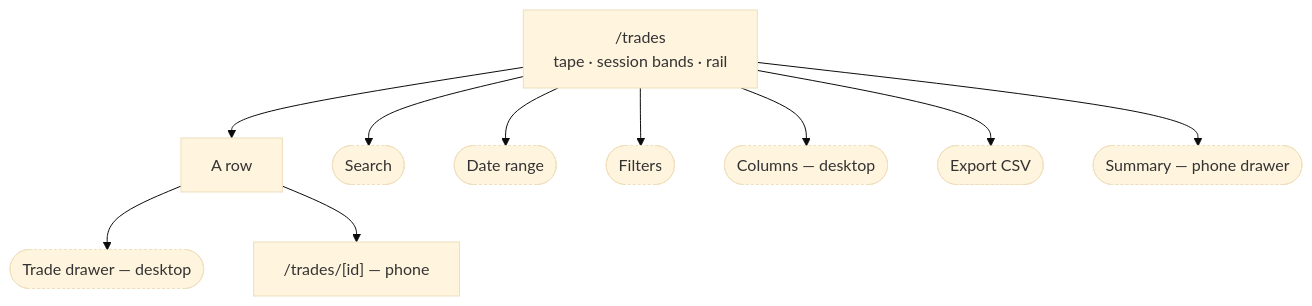
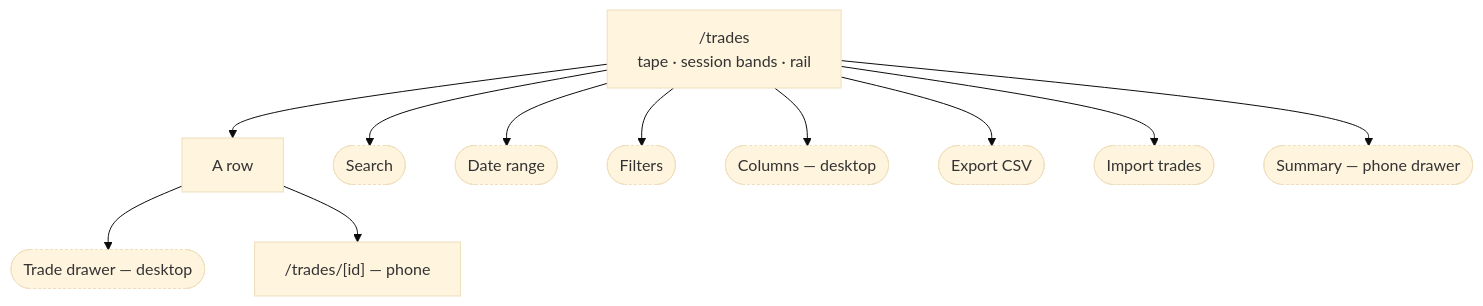
The ninth of 15 diagrams in docs/user-guide.md (modryn-studio/run-rebuild), drawn with Mermaid (base theme) before and after one commit. The commit also changed other lines of this file and 11 other files, not shown here.

````diff
--- a/docs/user-guide.md
+++ b/docs/user-guide.md
@@ -293,21 +308,23 @@
 ```mermaid
 flowchart TD
   Trades["/trades<br/>tape · session bands · rail"]
   Trades --> Row["A row"]
   Row --> Drawer(["Trade drawer — desktop"])
   Row --> Sheet["/trades/[id] — phone"]
   Trades --> Search(["Search"])
   Trades --> Date(["Date range"])
   Trades --> Filters(["Filters"])
   Trades --> Columns(["Columns — desktop"])
   Trades --> Export(["Export CSV"])
+  Trades --> Import(["Import trades"])
   Trades --> RailToggle(["Summary — phone drawer"])
 
   style Drawer stroke-dasharray: 2 3
   style Search stroke-dasharray: 2 3
   style Date stroke-dasharray: 2 3
   style Filters stroke-dasharray: 2 3
   style Columns stroke-dasharray: 2 3
   style Export stroke-dasharray: 2 3
+  style Import stroke-dasharray: 2 3
   style RailToggle stroke-dasharray: 2 3
 ```
````
